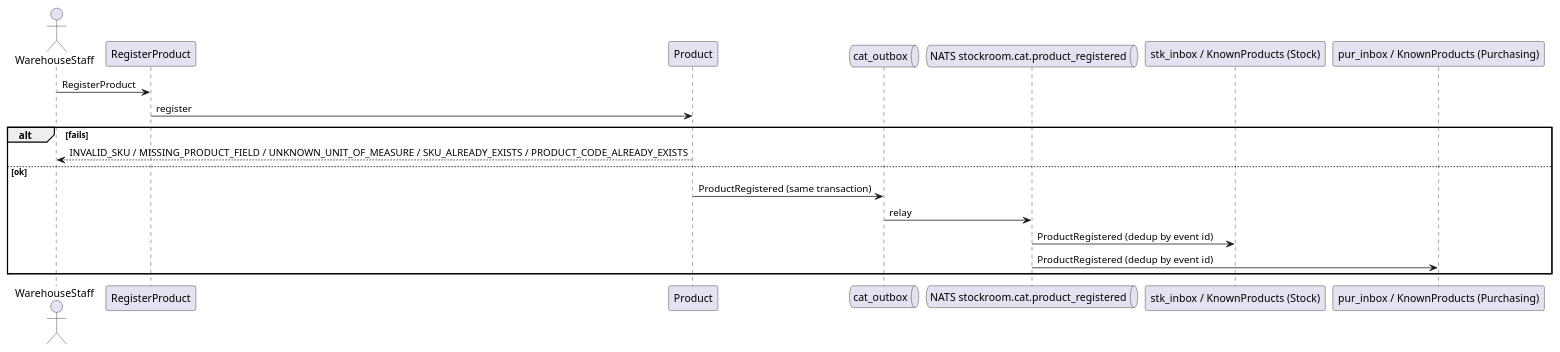
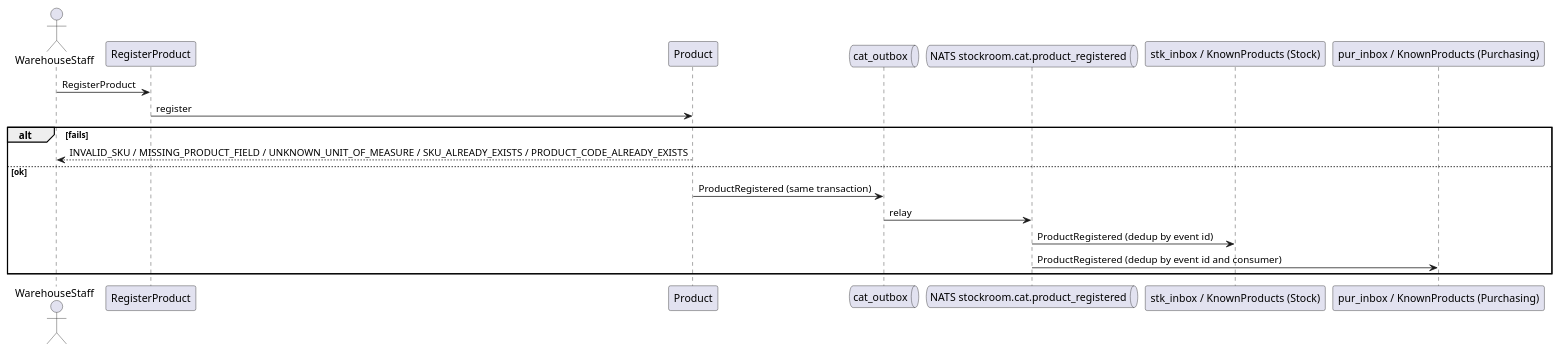
Before and after one commit to mahmoud112001/backend-claude-skills: the first of 7 diagrams in backend-skills-pack/tests/fixture-b/docs/design/05-diagrams-flows.md, drawn with PlantUML. The commit also changed other lines of this file and 12 other files, not shown here.

````diff
--- a/backend-skills-pack/tests/fixture-b/docs/design/05-diagrams-flows.md
+++ b/backend-skills-pack/tests/fixture-b/docs/design/05-diagrams-flows.md
@@ -24,21 +25,21 @@
 ```plantuml
 @startuml
 actor WarehouseStaff
 participant "RegisterProduct" as C
 participant "Product" as A
 queue "cat_outbox" as O
 queue "NATS stockroom.cat.product_registered" as N
 participant "stk_inbox / KnownProducts (Stock)" as S
 participant "pur_inbox / KnownProducts (Purchasing)" as P
 WarehouseStaff -> C : RegisterProduct
 C -> A : register
 alt fails
   A --> WarehouseStaff : INVALID_SKU / MISSING_PRODUCT_FIELD / UNKNOWN_UNIT_OF_MEASURE / SKU_ALREADY_EXISTS / PRODUCT_CODE_ALREADY_EXISTS
 else ok
   A -> O : ProductRegistered (same transaction)
   O -> N : relay
   N -> S : ProductRegistered (dedup by event id)
-  N -> P : ProductRegistered (dedup by event id)
+  N -> P : ProductRegistered (dedup by event id and consumer)
 end
 @enduml
 ```
````
